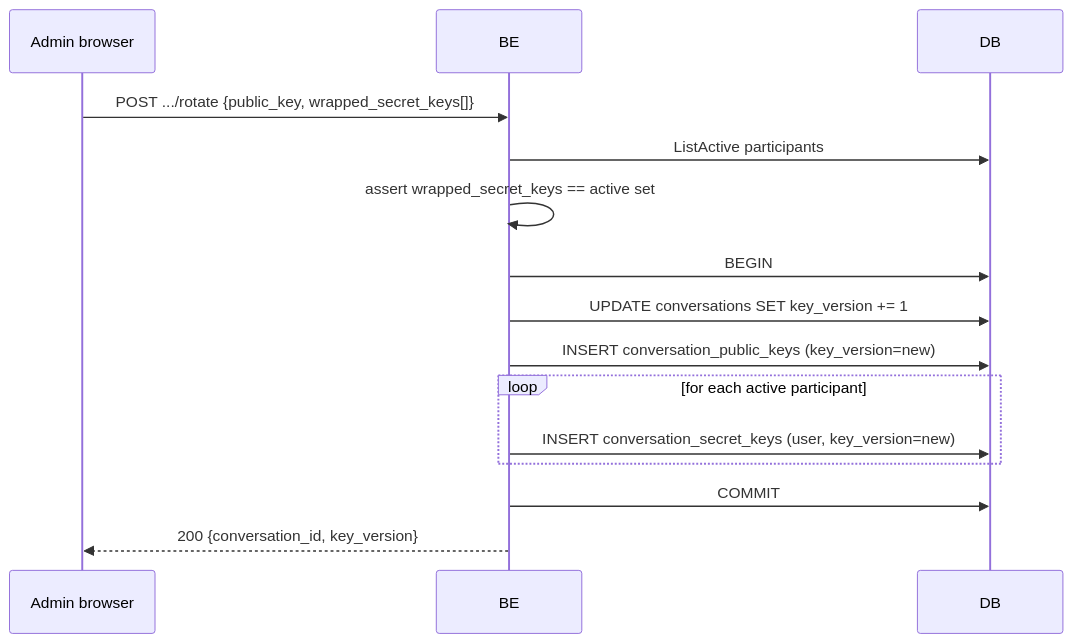
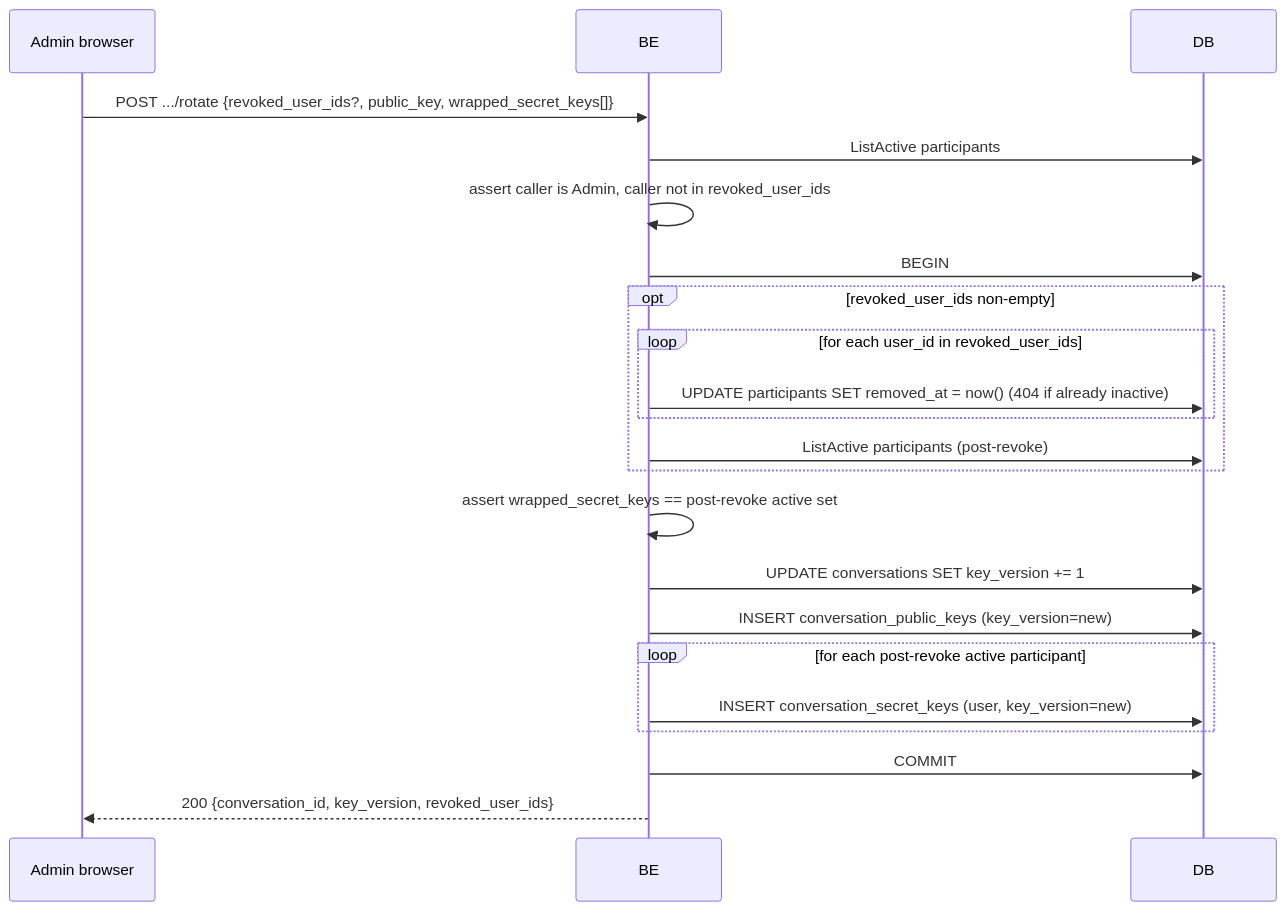
One commit to cognos-io/chat.cognos.io changed the diagram in docs/business_processes/conversation-key-rotation.md. Above: the diagram before and after it, drawn with Mermaid. The commit also changed other lines of this file and 3 other files, not shown here.

First line of the commit message:
docs(business): fold participant-revoke into conversation-key-rotation

````diff
--- a/docs/business_processes/conversation-key-rotation.md
+++ b/docs/business_processes/conversation-key-rotation.md
@@ -24,18 +38,25 @@
 ```mermaid
 sequenceDiagram
   participant FE as Admin browser
   participant BE
   participant DB
 
-  FE->>BE: POST .../rotate {public_key, wrapped_secret_keys[]}
+  FE->>BE: POST .../rotate {revoked_user_ids?, public_key, wrapped_secret_keys[]}
   BE->>DB: ListActive participants
-  BE->>BE: assert wrapped_secret_keys == active set
+  BE->>BE: assert caller is Admin, caller not in revoked_user_ids
   BE->>DB: BEGIN
+  opt revoked_user_ids non-empty
+    loop for each user_id in revoked_user_ids
+      BE->>DB: UPDATE participants SET removed_at = now() (404 if already inactive)
+    end
+    BE->>DB: ListActive participants (post-revoke)
+  end
+  BE->>BE: assert wrapped_secret_keys == post-revoke active set
   BE->>DB: UPDATE conversations SET key_version += 1
   BE->>DB: INSERT conversation_public_keys (key_version=new)
-  loop for each active participant
+  loop for each post-revoke active participant
     BE->>DB: INSERT conversation_secret_keys (user, key_version=new)
   end
   BE->>DB: COMMIT
-  BE-->>FE: 200 {conversation_id, key_version}
+  BE-->>FE: 200 {conversation_id, key_version, revoked_user_ids}
 ```
````
